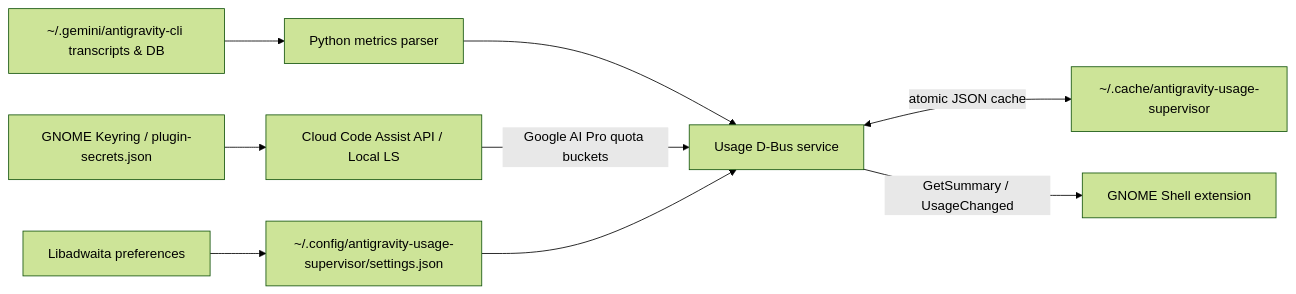
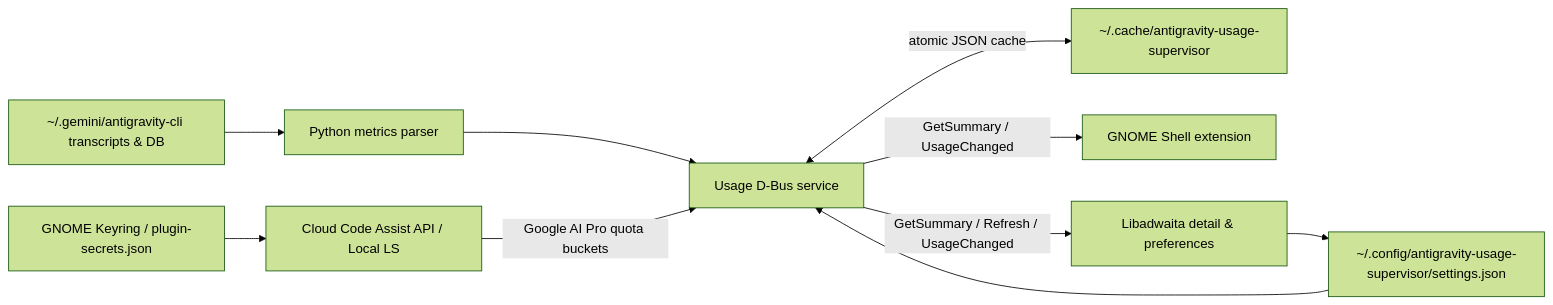
Before and after one commit to Owen-Liuyuxuan/antigravity-usage-supervisor: the diagram in docs/ARCHITECTURE.md, drawn with Mermaid (forest theme). The commit also changed other lines of this file and 12 other files, not shown here.

````diff
--- a/docs/ARCHITECTURE.md
+++ b/docs/ARCHITECTURE.md
@@ -6,11 +6,12 @@
 ```mermaid
 flowchart LR
     A["~/.gemini/antigravity-cli transcripts & DB"] --> B["Python metrics parser"]
     B --> C["Usage D-Bus service"]
     K["GNOME Keyring / plugin-secrets.json"] --> H["Cloud Code Assist API / Local LS"]
     H -->|"Google AI Pro quota buckets"| C
     C <-->|"atomic JSON cache"| N["~/.cache/antigravity-usage-supervisor"]
     C -->|"GetSummary / UsageChanged"| D["GNOME Shell extension"]
-    E["Libadwaita preferences"] --> F["~/.config/antigravity-usage-supervisor/settings.json"]
+    C -->|"GetSummary / Refresh / UsageChanged"| E["Libadwaita detail & preferences"]
+    E --> F["~/.config/antigravity-usage-supervisor/settings.json"]
     F --> C
 ```
````
